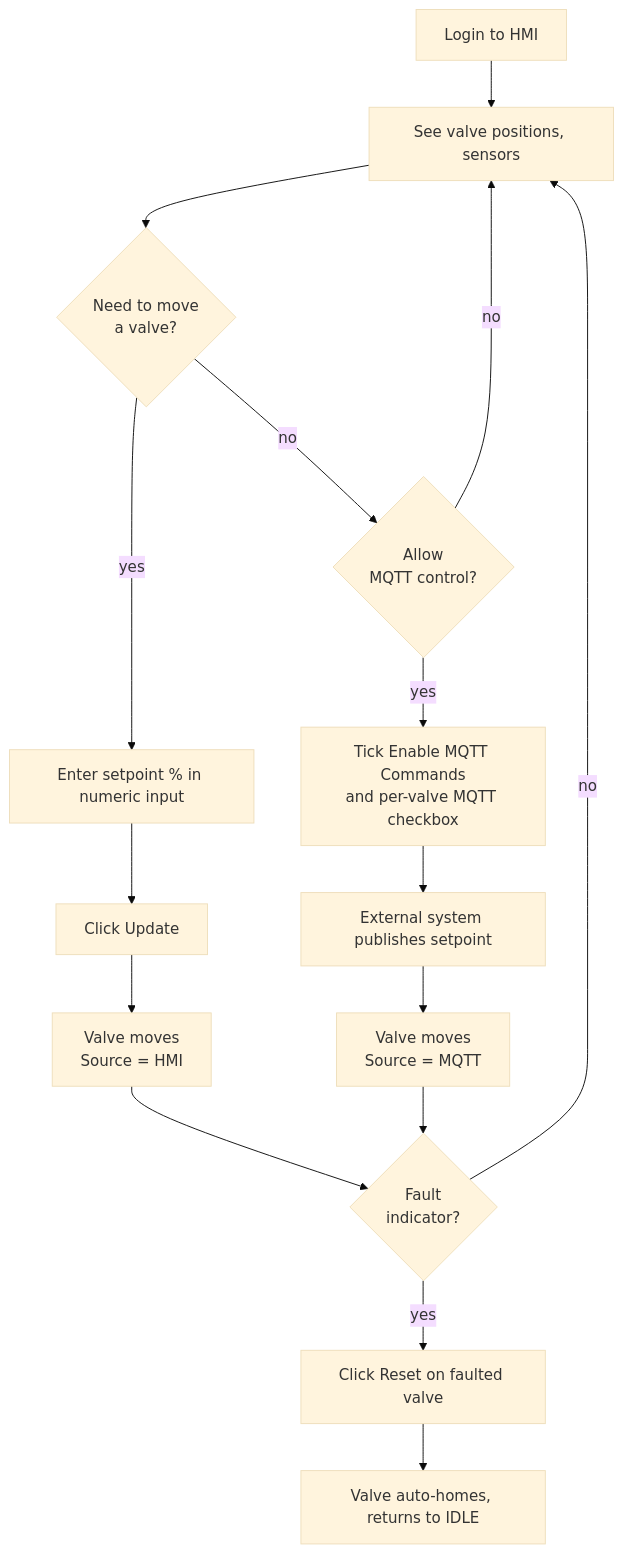
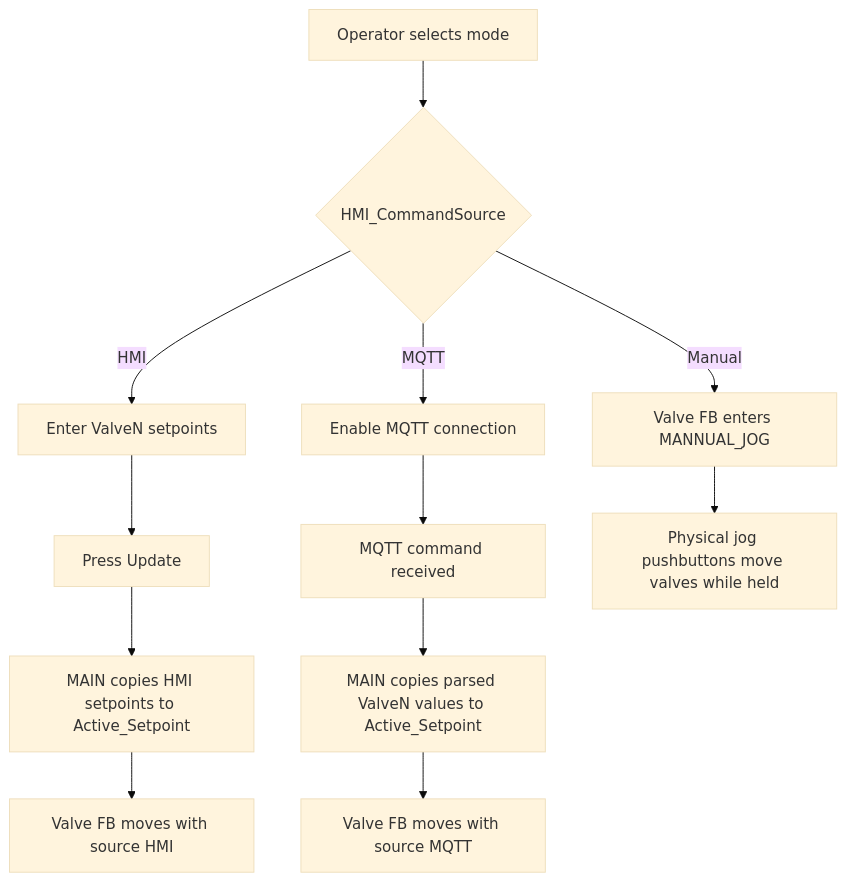
Before and after one commit to Awais-Mughal/Veksi_Project: the first of 2 diagrams in docs/HMI_FLOW.md, drawn with Mermaid (base theme). The commit also changed other lines of this file and 10 other files, not shown here.

````diff
--- a/docs/HMI_FLOW.md
+++ b/docs/HMI_FLOW.md
@@ -42,19 +21,14 @@
 ```mermaid
 flowchart TD
-    A[Login to HMI] --> B[See valve positions, sensors]
-    B --> C{Need to move<br/>a valve?}
-    C -- yes --> D[Enter setpoint % in numeric input]
-    D --> E[Click Update]
-    E --> F[Valve moves<br/>Source = HMI]
-    C -- no --> G{Allow<br/>MQTT control?}
-    G -- yes --> H[Tick Enable MQTT Commands<br/>and per-valve MQTT checkbox]
-    H --> I[External system publishes setpoint]
-    I --> J[Valve moves<br/>Source = MQTT]
-    G -- no --> B
-
-    F --> K{Fault<br/>indicator?}
-    J --> K
-    K -- yes --> L[Click Reset on faulted valve]
-    L --> M[Valve auto-homes, returns to IDLE]
-    K -- no --> B
+    A[Operator selects mode] --> B{HMI_CommandSource}
+    B -- HMI --> C[Enter ValveN setpoints]
+    C --> D[Press Update]
+    D --> E[MAIN copies HMI setpoints to Active_Setpoint]
+    E --> F[Valve FB moves with source HMI]
+    B -- MQTT --> G[Enable MQTT connection]
+    G --> H[MQTT command received]
+    H --> I[MAIN copies parsed ValveN values to Active_Setpoint]
+    I --> J[Valve FB moves with source MQTT]
+    B -- Manual --> K[Valve FB enters MANNUAL_JOG]
+    K --> L[Physical jog pushbuttons move valves while held]
 ```
````
